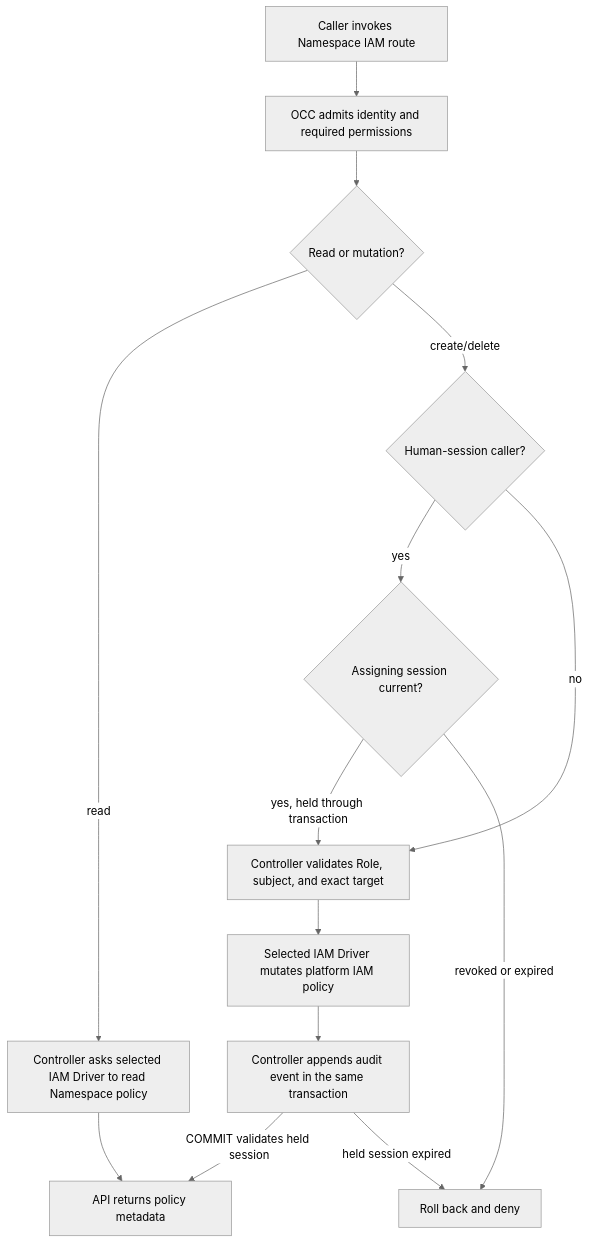
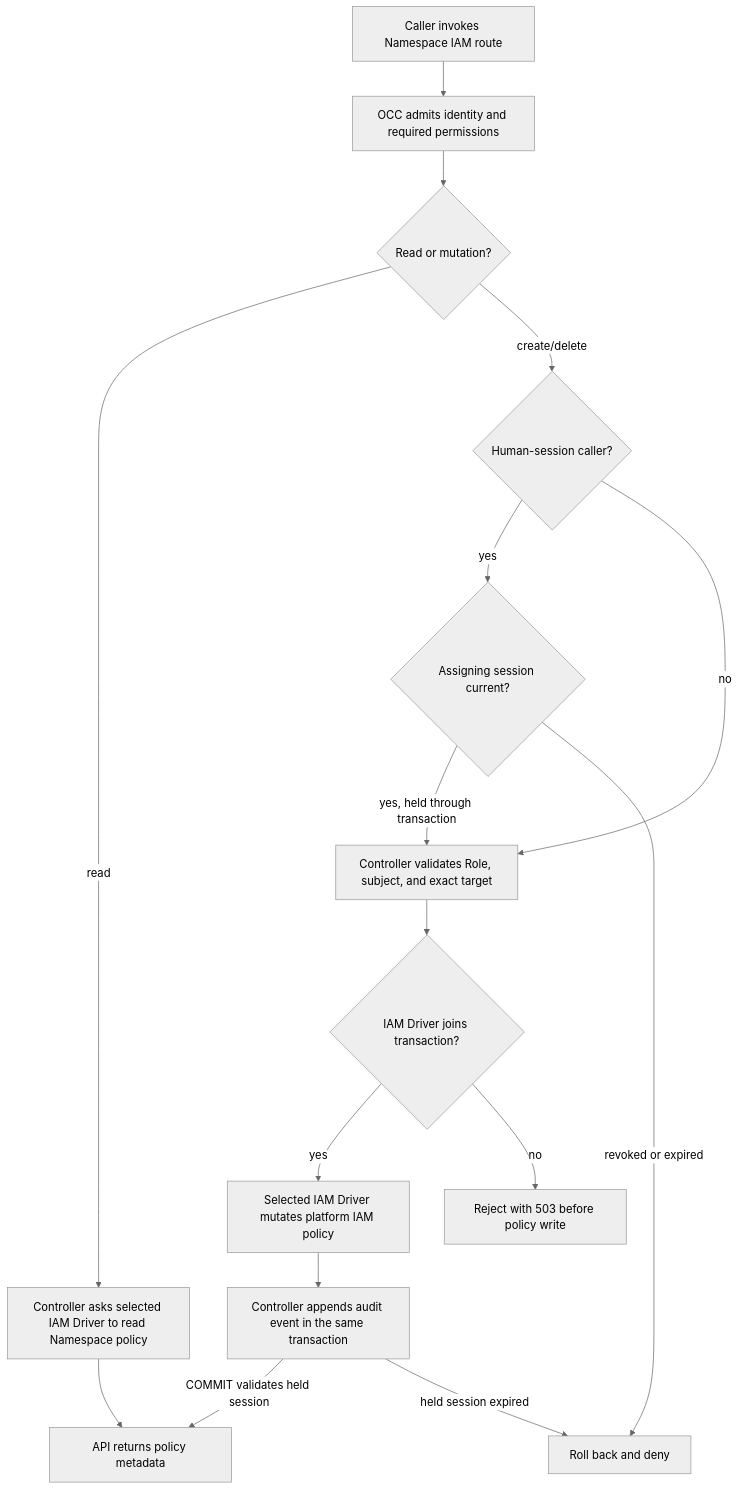
Before and after one commit to openclaw/openclaw-enterprise: the diagram in docs/flows/namespace-iam-policy.md, drawn with Mermaid (neutral theme). The commit also changed other lines of this file and 2 other files, not shown here.

Commit message:
test(auth): retain policy settlement and upgrade execution evidence

````diff
--- a/docs/flows/namespace-iam-policy.md
+++ b/docs/flows/namespace-iam-policy.md
@@ -30,16 +30,18 @@
 ```mermaid
 graph TD
   A["Caller invokes Namespace IAM route"] --> B["OCC admits identity and required permissions"]
   B --> C{"Read or mutation?"}
   C -->|read| D["Controller asks selected IAM Driver to read Namespace policy"]
   C -->|create/delete| S{"Human-session caller?"}
   S -->|yes| L{"Assigning session current?"}
   L -->|yes, held through transaction| E["Controller validates Role, subject, and exact target"]
   L -->|revoked or expired| X["Roll back and deny"]
   S -->|no| E
-  E --> F["Selected IAM Driver mutates platform IAM policy"]
+  E --> T{"IAM Driver joins transaction?"}
+  T -->|yes| F["Selected IAM Driver mutates platform IAM policy"]
+  T -->|no| U["Reject with 503 before policy write"]
   F --> G["Controller appends audit event in the same transaction"]
   D --> H["API returns policy metadata"]
   G -->|COMMIT validates held session| H
   G -->|held session expired| X
 ```
````
